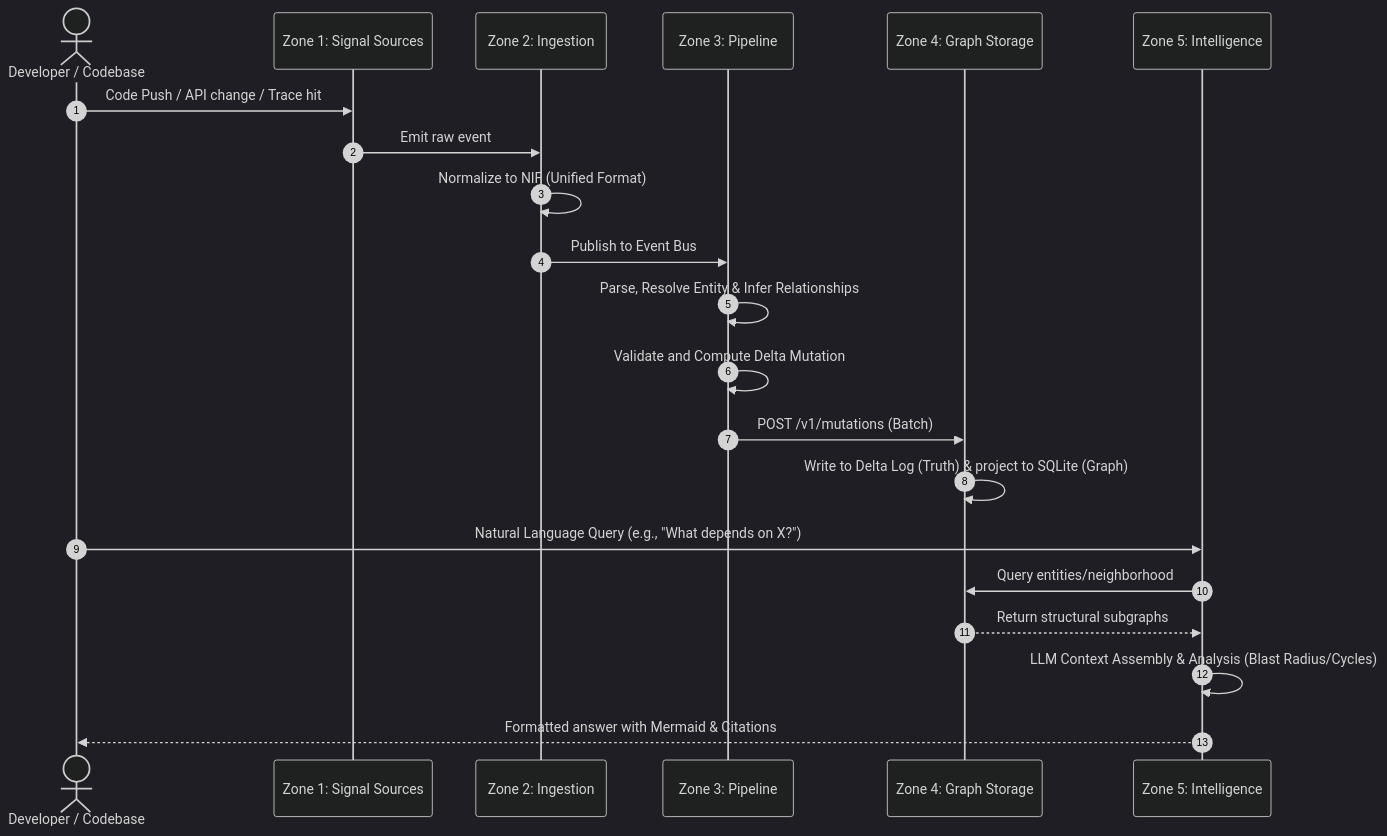
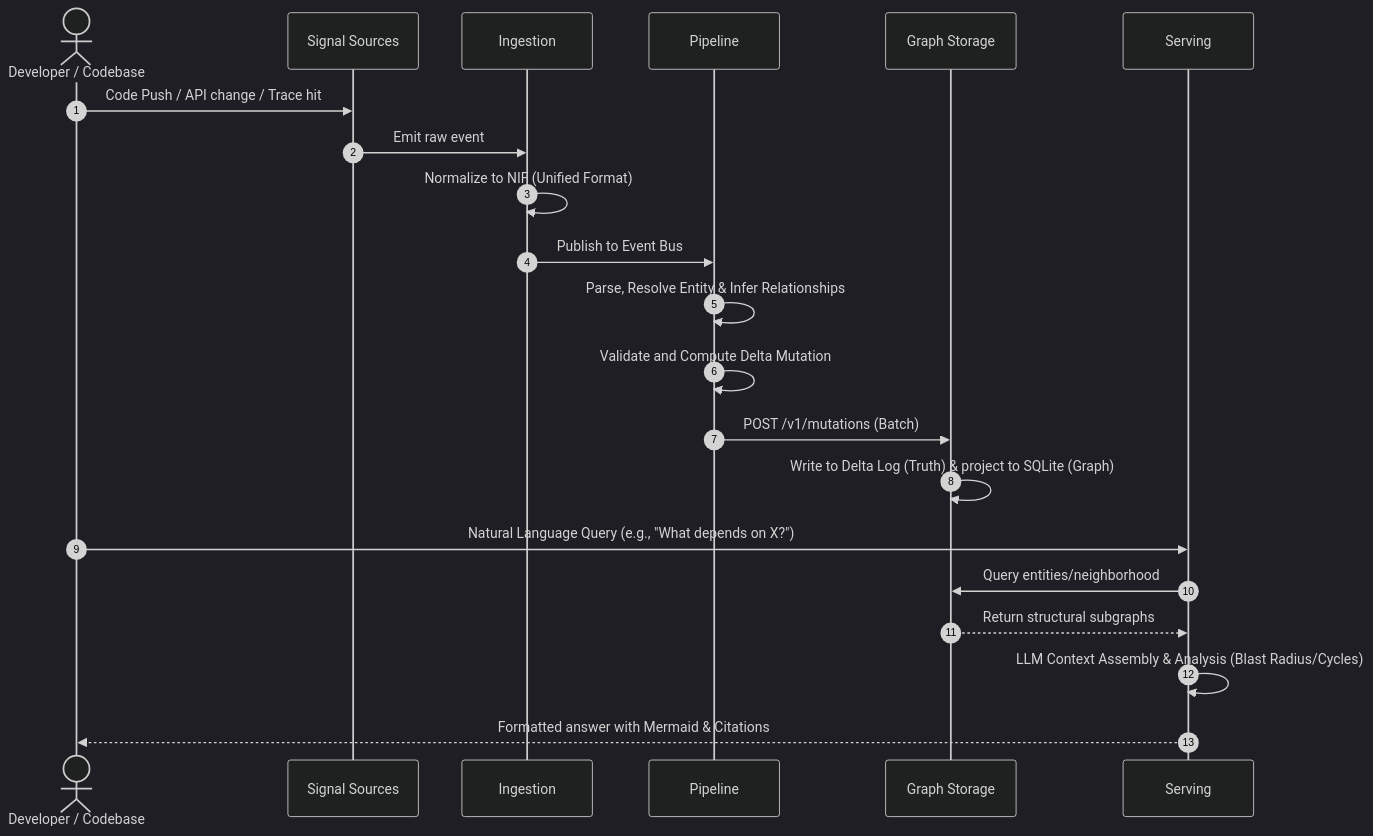
The second of 2 diagrams in README.md (Ksawyoux/Fun-Project), drawn with Mermaid before and after one commit. The commit also changed other lines of this file and 174 other files, not shown here.

Commit message:
refactor: rename project architecture zones to descriptive component names and update associated directory structure

````diff
--- a/README.md
+++ b/README.md
@@ -85,25 +85,25 @@
 ```mermaid
 %%{init: {'theme': 'dark'}}%%
 sequenceDiagram
     autonumber
     actor Dev as Developer / Codebase
-    participant Z1 as Zone 1: Signal Sources
-    participant Z2 as Zone 2: Ingestion
-    participant Z3 as Zone 3: Pipeline
-    participant Z4 as Zone 4: Graph Storage
-    participant Z5 as Zone 5: Intelligence
+    participant Z1 as Signal Sources
+    participant Z2 as Ingestion
+    participant Z3 as Pipeline
+    participant Z4 as Graph Storage
+    participant Z5 as Serving
 
     Dev->>Z1: Code Push / API change / Trace hit
     Z1->>Z2: Emit raw event
     Z2->>Z2: Normalize to NIF (Unified Format)
     Z2->>Z3: Publish to Event Bus
     Z3->>Z3: Parse, Resolve Entity & Infer Relationships
     Z3->>Z3: Validate and Compute Delta Mutation
     Z3->>Z4: POST /v1/mutations (Batch)
     Z4->>Z4: Write to Delta Log (Truth) & project to SQLite (Graph)
     Dev->>Z5: Natural Language Query (e.g., "What depends on X?")
     Z5->>Z4: Query entities/neighborhood
     Z4-->>Z5: Return structural subgraphs
     Z5->>Z5: LLM Context Assembly & Analysis (Blast Radius/Cycles)
     Z5-->>Dev: Formatted answer with Mermaid & Citations
 ```
````
